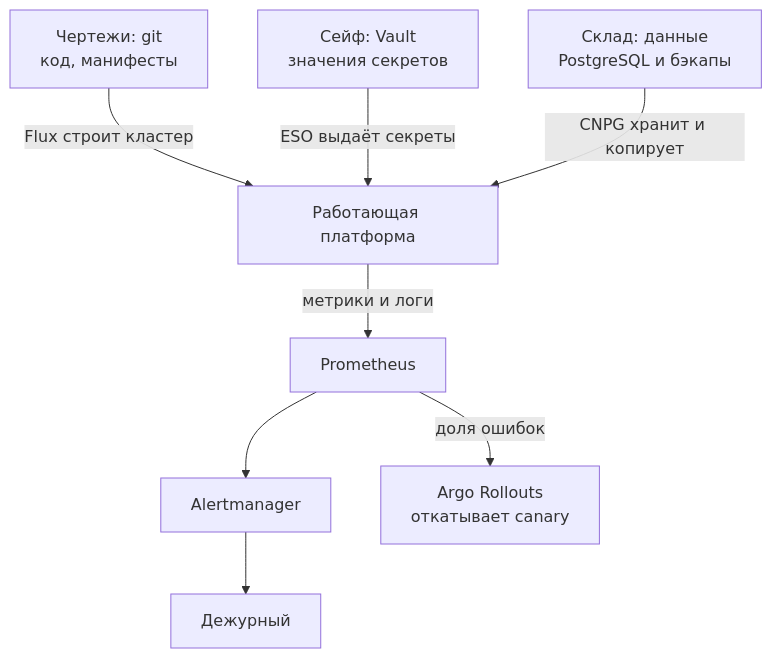
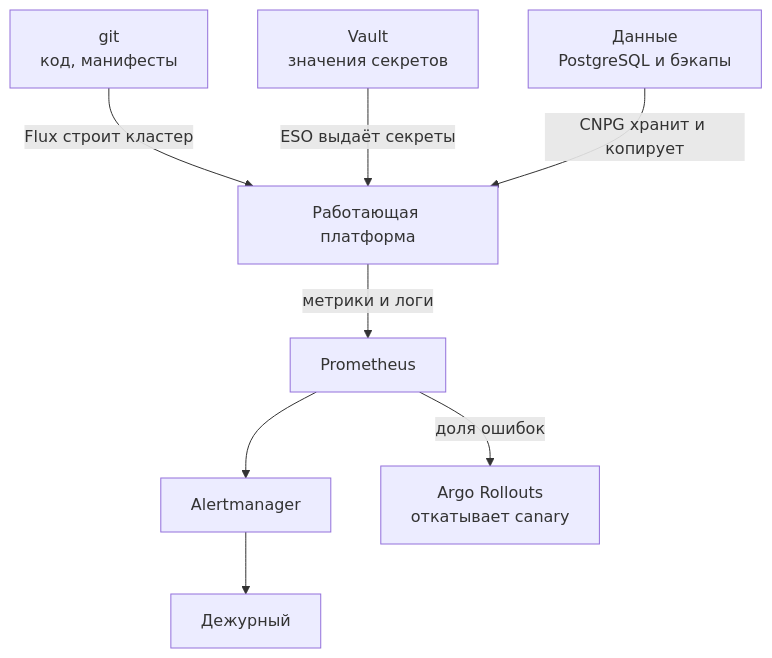
One commit to distinguished-sre/learning changed the first of 6 diagrams in devops/09-secrets-gitops/07-platform-review.md. Above: the diagram before and after it, drawn with Mermaid. The commit also changed other lines of this file and 462 other files, not shown here.

````diff
--- a/devops/09-secrets-gitops/07-platform-review.md
+++ b/devops/09-secrets-gitops/07-platform-review.md
@@ -41,10 +41,10 @@
 ```mermaid
 flowchart TD
-    G["Чертежи: git<br>код, манифесты"] -->|"Flux строит кластер"| P["Работающая платформа"]
-    V["Сейф: Vault<br>значения секретов"] -->|"ESO выдаёт секреты"| P
-    D["Склад: данные<br>PostgreSQL и бэкапы"] -->|"CNPG хранит и копирует"| P
+    G["git<br>код, манифесты"] -->|"Flux строит кластер"| P["Работающая платформа"]
+    V["Vault<br>значения секретов"] -->|"ESO выдаёт секреты"| P
+    D["Данные<br>PostgreSQL и бэкапы"] -->|"CNPG хранит и копирует"| P
     P -->|"метрики и логи"| PR["Prometheus"]
     PR --> AM["Alertmanager"]
     AM --> H["Дежурный"]
     PR -->|"доля ошибок"| AR["Argo Rollouts<br>откатывает canary"]
 ```
````
